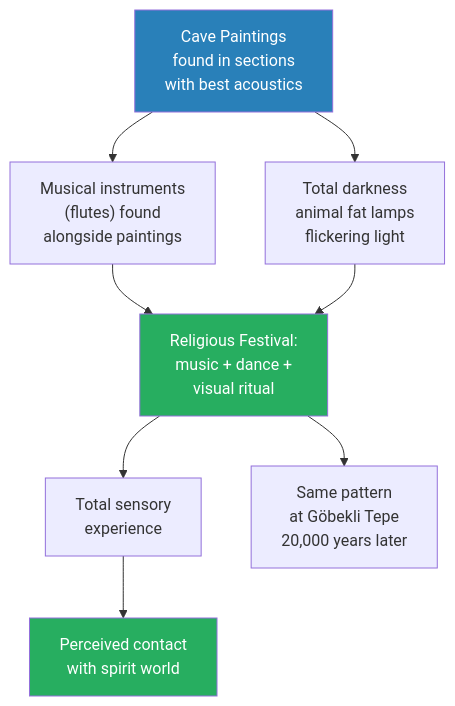
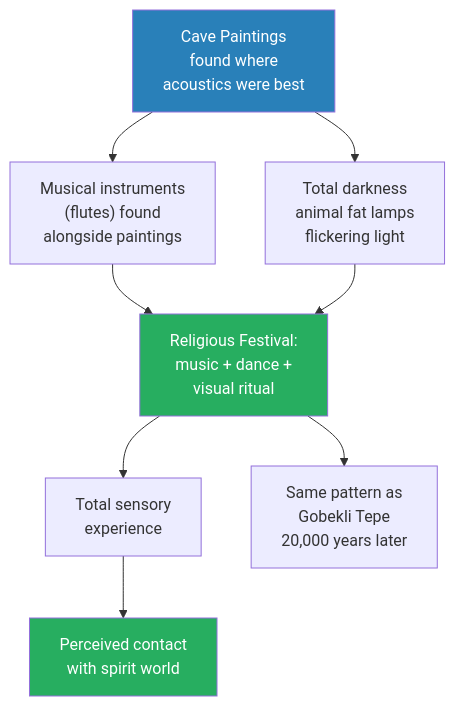
Before and after one commit to alius33/reader: the second of 8 diagrams in summaries/Lectures/Civilization/02 - Religion and the Dawn of Society.md, drawn with Mermaid. The commit also changed other lines of this file and 78 other files, not shown here.

````diff
--- a/summaries/Lectures/Civilization/02 - Religion and the Dawn of Society.md
+++ b/summaries/Lectures/Civilization/02 - Religion and the Dawn of Society.md
@@ -110,14 +111,14 @@
 ```mermaid
 flowchart TB
-    CP["Cave Paintings<br/>found in sections<br/>with best acoustics"]
+    CP["Cave Paintings<br/>found where<br/>acoustics were best"]
     CP --> Music["Musical instruments<br/>(flutes) found<br/>alongside paintings"]
     CP --> Dark["Total darkness<br/>animal fat lamps<br/>flickering light"]
     Music --> Fest["Religious Festival:<br/>music + dance +<br/>visual ritual"]
     Dark --> Fest
     Fest --> Exp["Total sensory<br/>experience"]
     Exp --> Spirit["Perceived contact<br/>with spirit world"]
-    Fest --> GT["Same pattern<br/>at Göbekli Tepe<br/>20,000 years later"]
+    Fest --> GT["Same pattern as<br/>Gobekli Tepe<br/>20,000 years later"]
     style CP fill:#2980b9,color:#fff
     style Fest fill:#27ae60,color:#fff
     style Spirit fill:#27ae60,color:#fff
 ```
````
